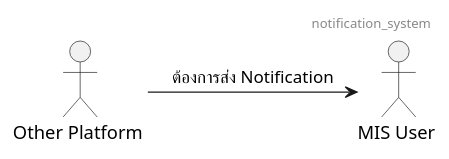
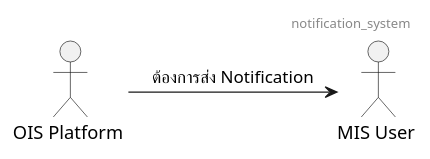
The first of 4 diagrams in uml/notification_system.plantuml (lionants02/mis-api-doc), drawn with PlantUML before and after one commit. The commit also changed other lines of this file and 5 other files, not shown here.

```diff
--- a/uml/notification_system.plantuml
+++ b/uml/notification_system.plantuml
@@ -1,6 +1,6 @@
 @startuml
 Header notification_system
-  :Other Platform : as Other
+  :OIS Platform : as OIS
   :MIS User : as MIS
-  Other -right-> MIS : ต้องการส่ง Notification
+  OIS -right-> MIS : ต้องการส่ง Notification
 @enduml
```
